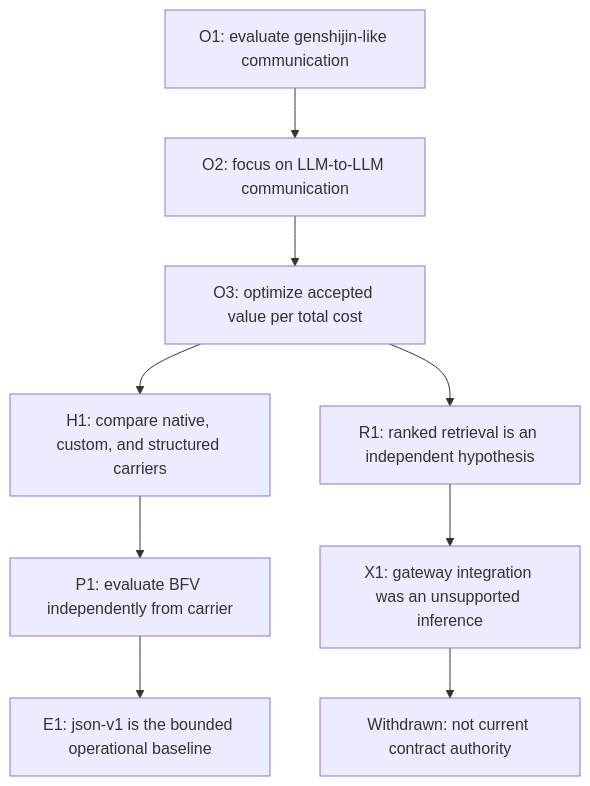
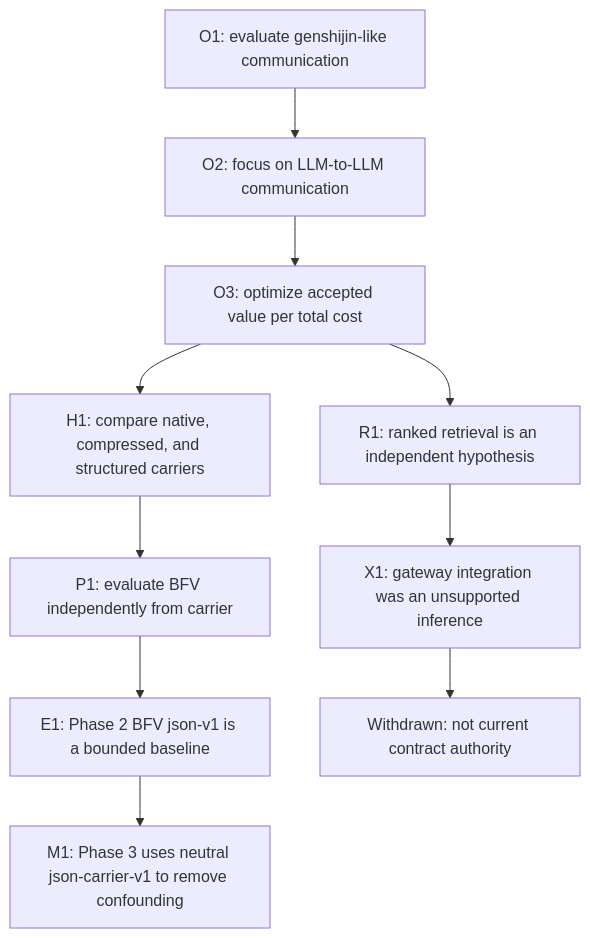
One commit to TakumiOkayasu/neologistic changed the diagram in DECISION_LINEAGE.md. Above: the diagram before and after it, drawn with Mermaid. The commit also changed other lines of this file and 56 other files, not shown here.

````diff
--- a/DECISION_LINEAGE.md
+++ b/DECISION_LINEAGE.md
@@ -7,11 +7,12 @@
 ```mermaid
 flowchart TD
     O1[O1: evaluate genshijin-like communication] --> O2[O2: focus on LLM-to-LLM communication]
     O2 --> O3[O3: optimize accepted value per total cost]
-    O3 --> H1[H1: compare native, custom, and structured carriers]
+    O3 --> H1[H1: compare native, compressed, and structured carriers]
     H1 --> P1[P1: evaluate BFV independently from carrier]
-    P1 --> E1[E1: json-v1 is the bounded operational baseline]
+    P1 --> E1[E1: Phase 2 BFV json-v1 is a bounded baseline]
+    E1 --> M1[M1: Phase 3 uses neutral json-carrier-v1 to remove confounding]
     O3 --> R1[R1: ranked retrieval is an independent hypothesis]
     R1 --> X1[X1: gateway integration was an unsupported inference]
     X1 --> W[Withdrawn: not current contract authority]
 ```
````
